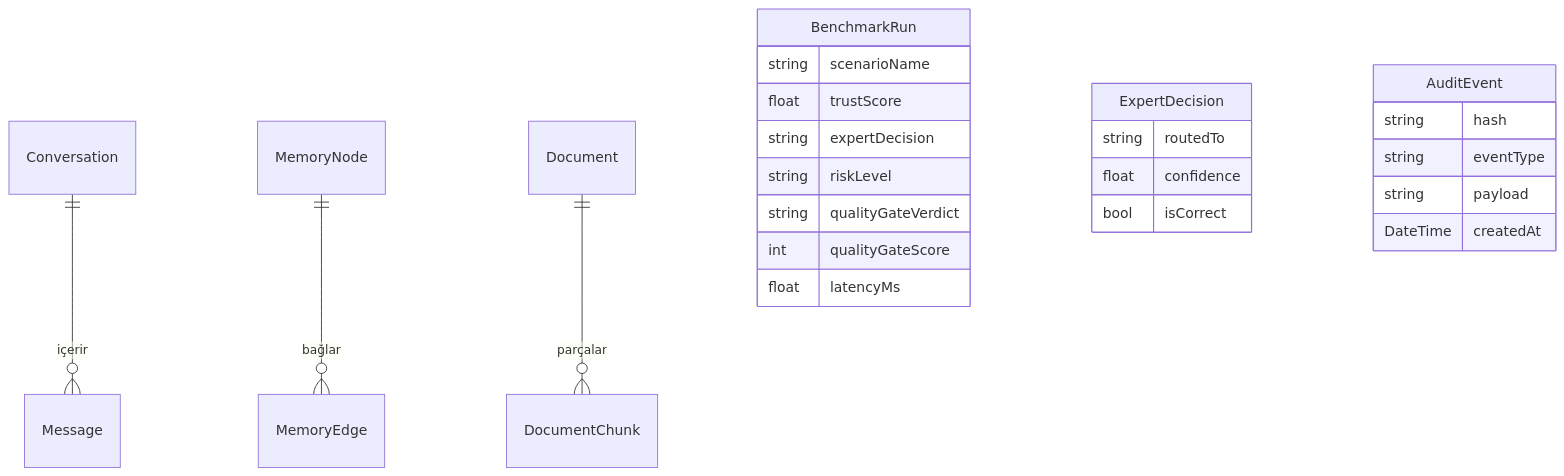
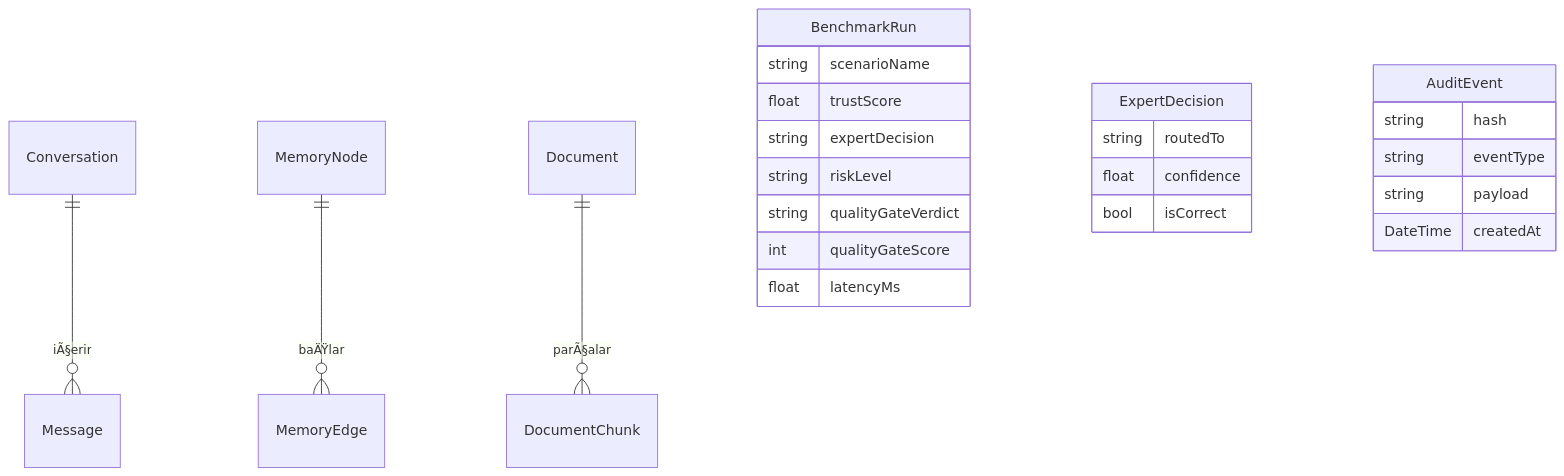
The second of 2 diagrams in WHITEPAPER.md (sakipfikrret/OmniEngine), drawn with Mermaid before and after one commit. The commit also changed other lines of this file and 8 other files, not shown here.

````diff
--- a/WHITEPAPER.md
+++ b/WHITEPAPER.md
@@ -650,26 +650,26 @@
 ```mermaid
 erDiagram
-    Conversation ||--o{ Message : "içerir"
-    MemoryNode ||--o{ MemoryEdge : "bağlar"
-    Document ||--o{ DocumentChunk : "parçalar"
+    Conversation ||--o{ Message : "iÃ§erir"
+    MemoryNode ||--o{ MemoryEdge : "baÄŸlar"
+    Document ||--o{ DocumentChunk : "parÃ§alar"
     BenchmarkRun {
         string scenarioName
         float  trustScore
         string expertDecision
         string riskLevel
         string qualityGateVerdict
         int    qualityGateScore
         float  latencyMs
     }
     ExpertDecision {
         string routedTo
         float  confidence
         bool   isCorrect
     }
     AuditEvent {
         string hash
         string eventType
         string payload
         DateTime createdAt
     }
 ```
````
